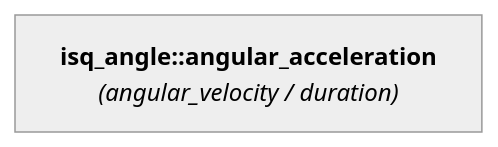
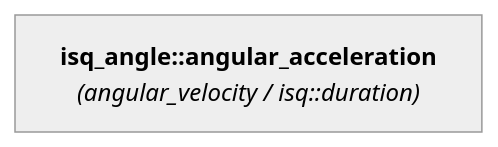
The diagram in docs/reference/systems_reference/hierarchies/angular_acceleration_isq_angle.md (mpusz/mp-units), drawn with Mermaid (neutral theme) before and after one commit. The commit also changed 27 other files, not shown here.

````diff
--- a/docs/reference/systems_reference/hierarchies/angular_acceleration_isq_angle.md
+++ b/docs/reference/systems_reference/hierarchies/angular_acceleration_isq_angle.md
@@ -8,4 +8,4 @@
 ```mermaid
 flowchart LR
-    isq_angle_angular_acceleration["<b>isq_angle::angular_acceleration</b><br><i>(angular_velocity / duration)</i>"]
+    isq_angle_angular_acceleration["<b>isq_angle::angular_acceleration</b><br><i>(angular_velocity / isq::duration)</i>"]
 ```
````
